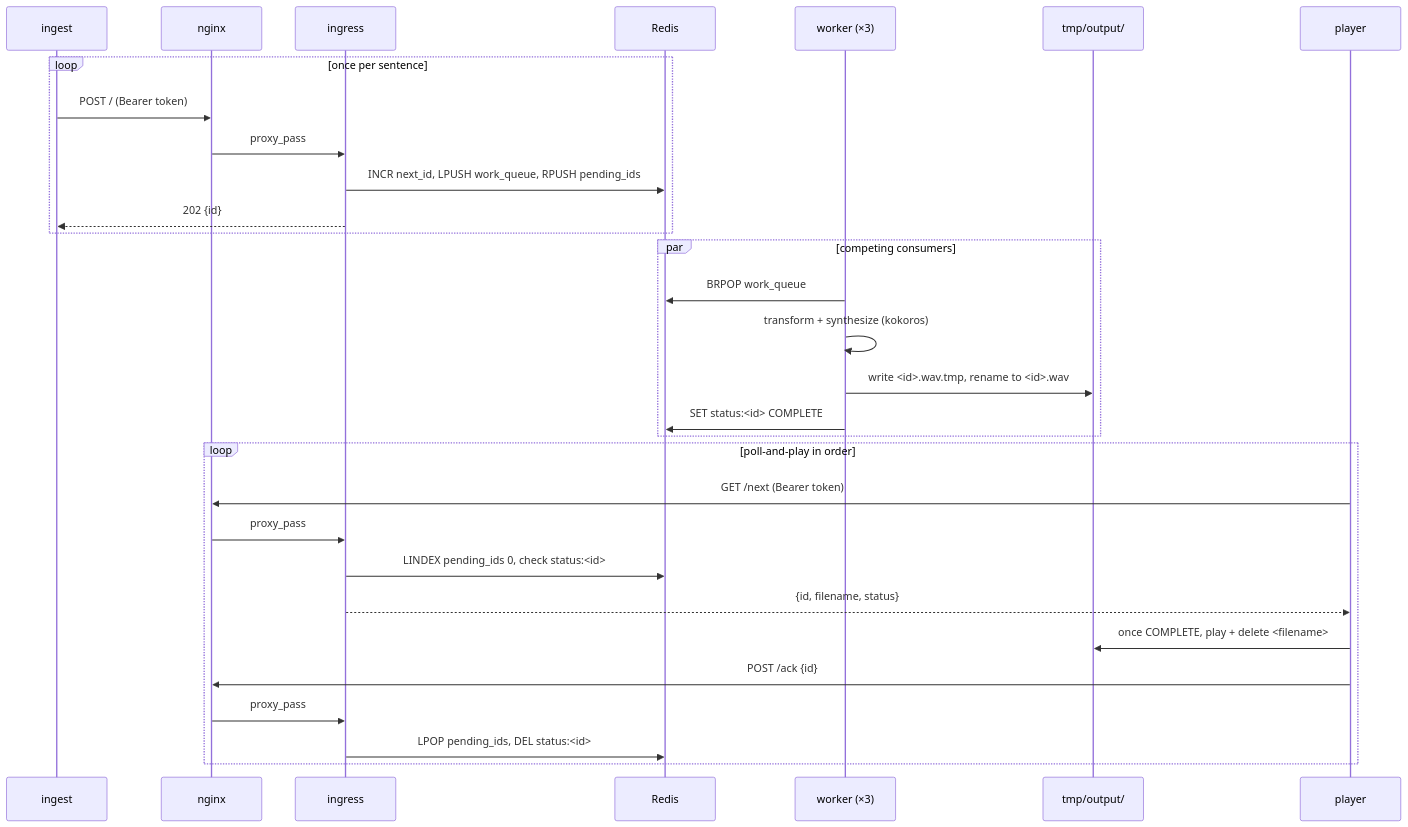
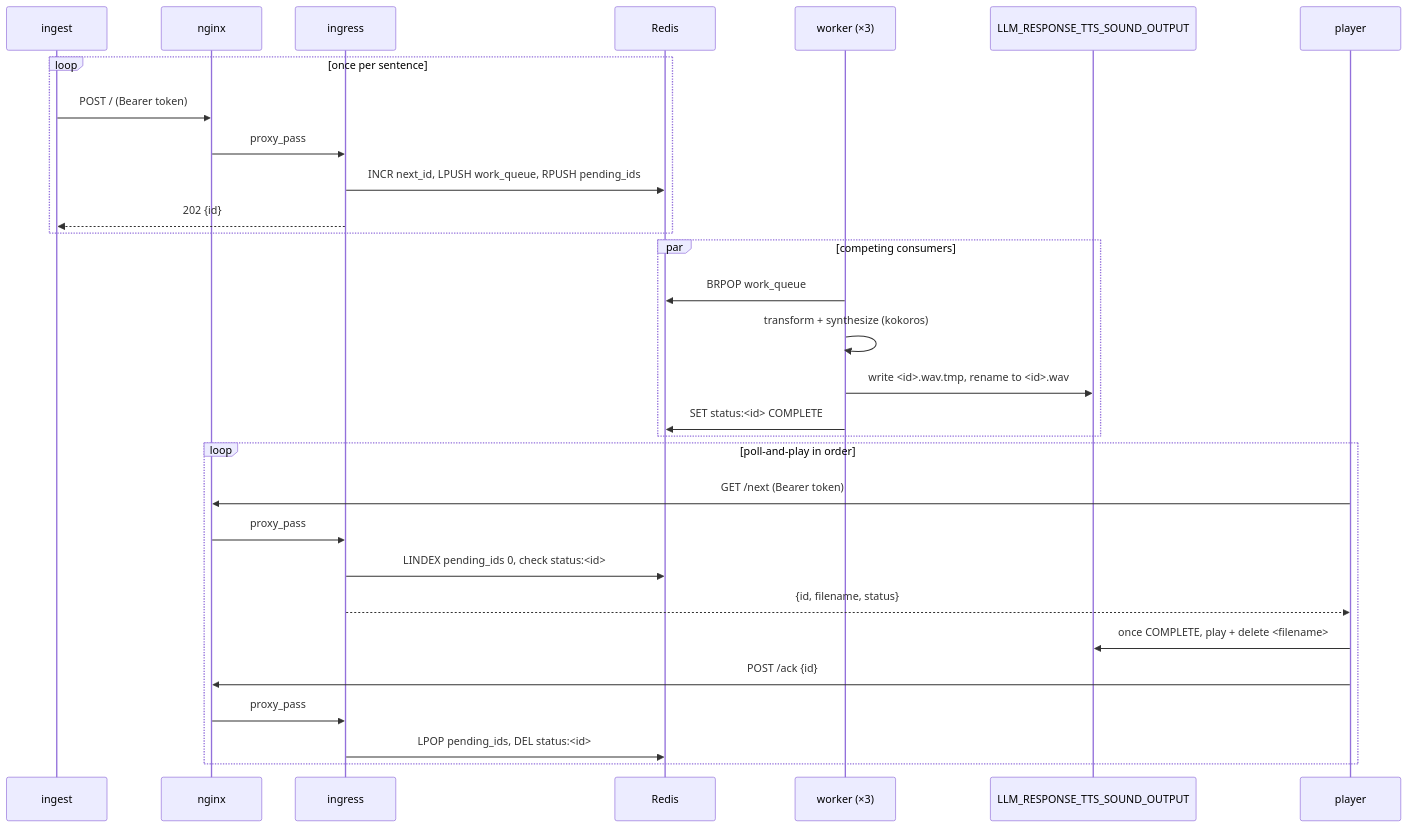
Before and after one commit to xliang01dev/llm-response-tts: the diagram in README.md, drawn with Mermaid. The commit also changed other lines of this file and 3 other files, not shown here.

````diff
--- a/README.md
+++ b/README.md
@@ -80,35 +85,35 @@
 ```mermaid
 sequenceDiagram
     participant H as ingest
     participant N as nginx
     participant I as ingress
     participant R as Redis
     participant W as worker (×3)
-    participant O as tmp/output/
+    participant O as LLM_RESPONSE_TTS_SOUND_OUTPUT
     participant P as player
 
     loop once per sentence
         H->>N: POST / (Bearer token)
         N->>I: proxy_pass
         I->>R: INCR next_id, LPUSH work_queue, RPUSH pending_ids
         I-->>H: 202 {id}
     end
 
     par competing consumers
         W->>R: BRPOP work_queue
         W->>W: transform + synthesize (kokoros)
         W->>O: write <id>.wav.tmp, rename to <id>.wav
         W->>R: SET status:<id> COMPLETE
     end
 
     loop poll-and-play in order
         P->>N: GET /next (Bearer token)
         N->>I: proxy_pass
         I->>R: LINDEX pending_ids 0, check status:<id>
         I-->>P: {id, filename, status}
         P->>O: once COMPLETE, play + delete <filename>
         P->>N: POST /ack {id}
         N->>I: proxy_pass
         I->>R: LPOP pending_ids, DEL status:<id>
     end
 ```
````
